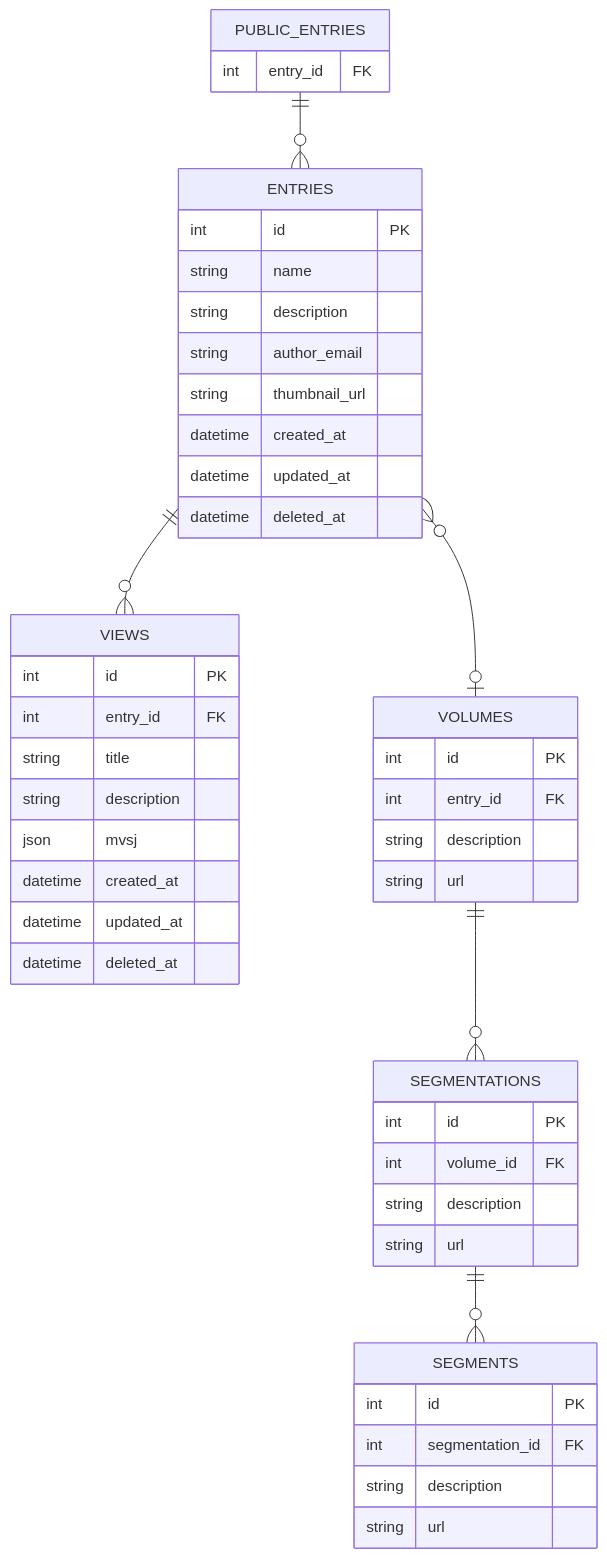
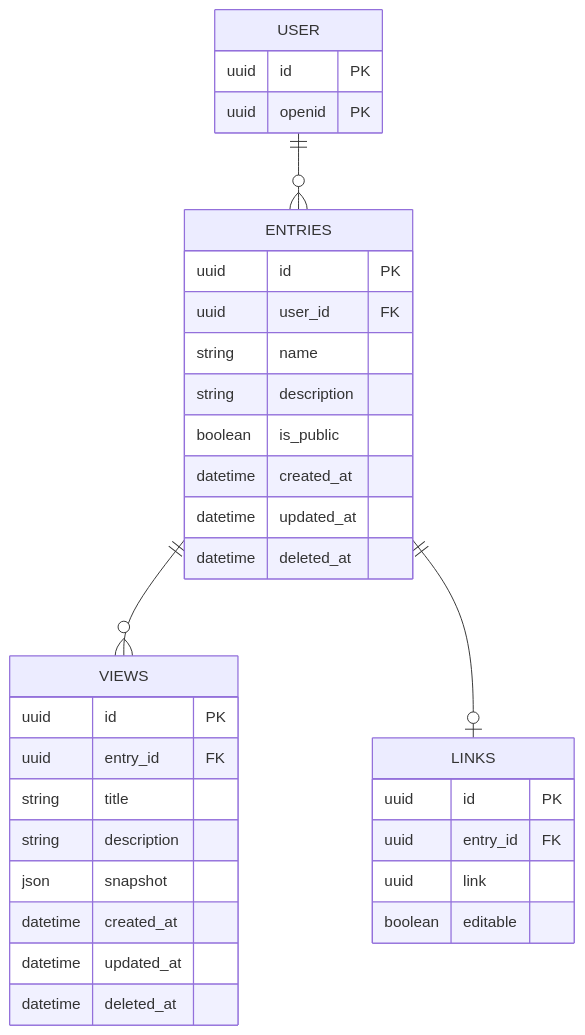
One commit to MergunFrimen/cellim-viewer changed the diagram in backend/docs/erd.mermaid. Above: the diagram before and after it, drawn with Mermaid.

```diff
--- a/backend/docs/erd.mermaid
+++ b/backend/docs/erd.mermaid
@@ -1,58 +1,65 @@
 erDiagram
 
+    USER {
+        uuid id PK
+        uuid openid PK
+    }
+
     ENTRIES {
-        int id PK
-
+        uuid id PK
+        uuid user_id FK
         string name
         string description
-        string author_email
-        string thumbnail_url
-
+        boolean is_public
+        datetime created_at
+        datetime updated_at
+        datetime deleted_at
+    }
+    
+    VIEWS {
+        uuid id PK
+        uuid entry_id FK
+        string title
+        string description
+        json snapshot
         datetime created_at
         datetime updated_at
         datetime deleted_at
     }
 
-    PUBLIC_ENTRIES {
-        int entry_id FK
+    LINKS {
+        uuid id PK
+        uuid entry_id FK
+        uuid link
+        boolean editable
     }
+        
+    %% VOLUMES {
+    %%     int id PK
+    %%     int entry_id FK
+    %%     string description
+    %%     string source_url 
+    %%     datetime uploaded_at
+    %% }
 
-    VIEWS {
-        int id PK
-        int entry_id FK
+    %% SEGMENTATIONS {
+    %%     int id PK
+    %%     int volume_id FK
+    %%     string description
+    %%     string source_url 
+    %% }
 
-        string title
-        string description
-        json mvsj
-
-        datetime created_at
-        datetime updated_at
-        datetime deleted_at
-    }
-
-    SEGMENTATIONS {
-        int id PK
-        int volume_id FK
-        string description
-        string url
-    }
-
-    SEGMENTS {
-        int id PK
-        int segmentation_id FK
-        string description
-        string url
-    }
-
-    VOLUMES {
-        int id PK
-        int entry_id FK
-        string description
-        string url
-    }
-
+    %% SEGMENTS {
+    %%     int id PK
+    %%     int segmentation_id FK
+    %%     string description
+    %%     string source_url 
+    %% }
+        
+    USER ||--o{ ENTRIES : ""
     ENTRIES ||--o{ VIEWS : ""
-    ENTRIES }o--o| VOLUMES : ""
-    VOLUMES ||--o{ SEGMENTATIONS : ""
-    SEGMENTATIONS ||--o{ SEGMENTS : ""
-    PUBLIC_ENTRIES ||--o{ ENTRIES : ""
+    ENTRIES ||--o| LINKS : ""
+    %% ENTRIES }o--o| VOLUMES : ""
+    %% VOLUMES ||--o{ SEGMENTATIONS : ""
+    %% SEGMENTATIONS ||--o{ SEGMENTS : ""
+    %% PUBLIC_ENTRIES ||--o{ ENTRIES : ""
```
